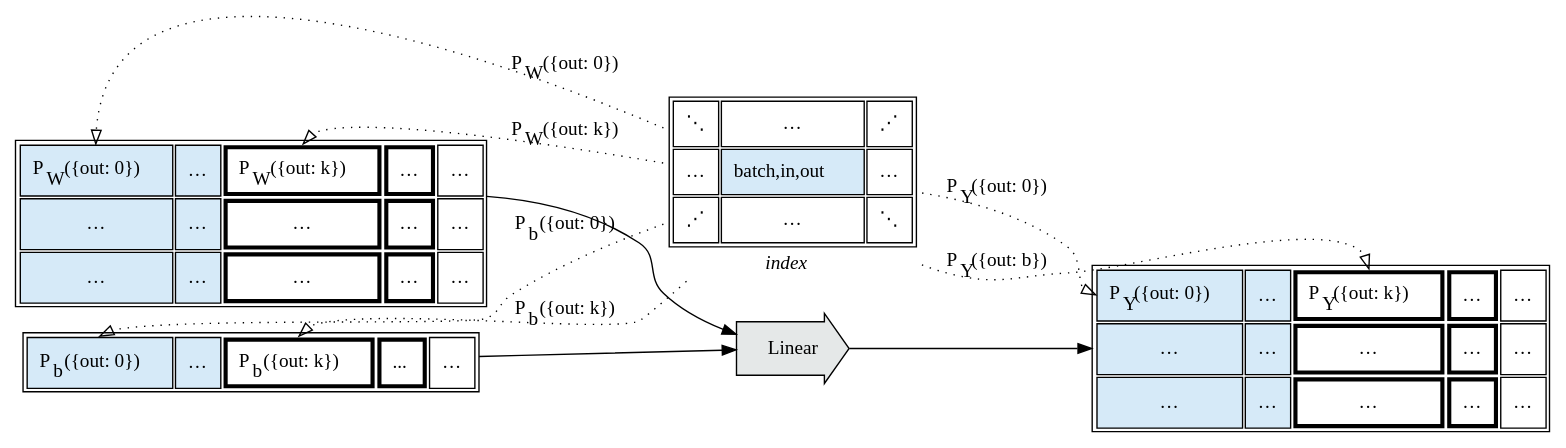
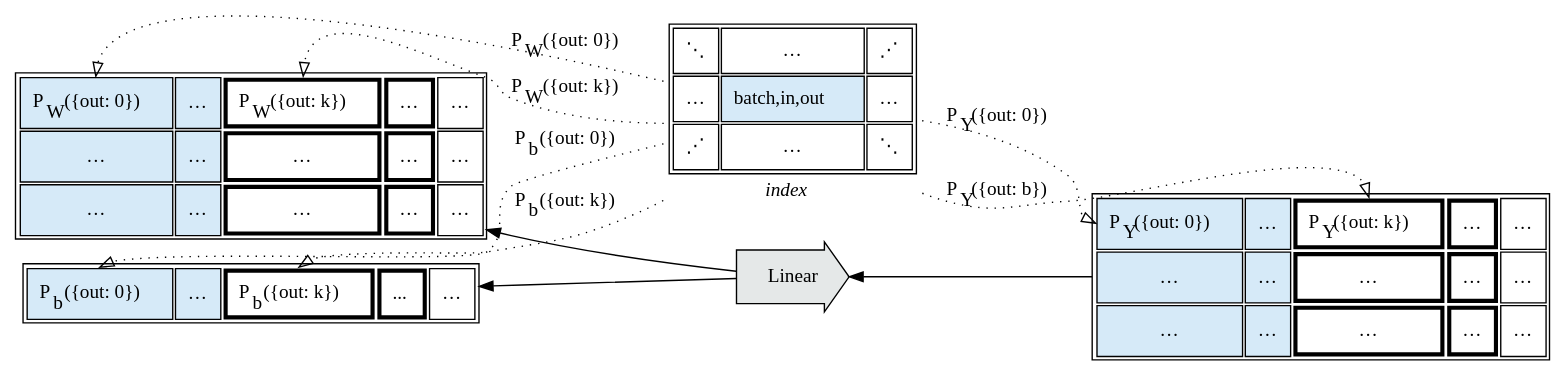
Before and after one commit to crutcher/crutcher.github.io-source: diagram 23 of 58 in source/Tapestry/index.md, drawn with Graphviz. The commit also changed other lines of this file, not shown here.

Commit message:
migrate graphs to RL; add some semantic type notes.

````diff
--- a/source/Tapestry/index.md
+++ b/source/Tapestry/index.md
@@ -3180,6 +3467,6 @@
 ```graphviz
 digraph G {
-    rankdir=LR;
+    rankdir=RL;
 
     idx [
         shape="plain",
@@ -3289,10 +3576,10 @@
         fillcolor="#E5E8E8",
         margin=0.25
     ];
-
-    w -> op;
-    b -> op;
-    op -> y;
+    
+    op -> w;
+    op -> b;
+    y -> op;
 
     idx -> w:a [
         label=<P<sub>W</sub>({out: 0})>,
````
